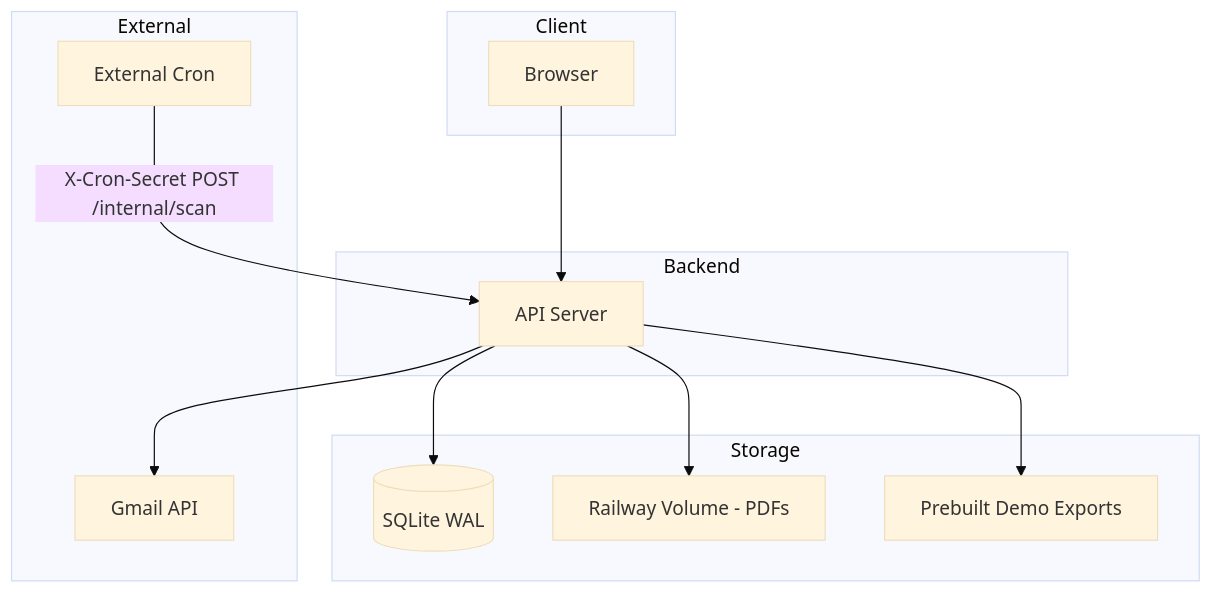
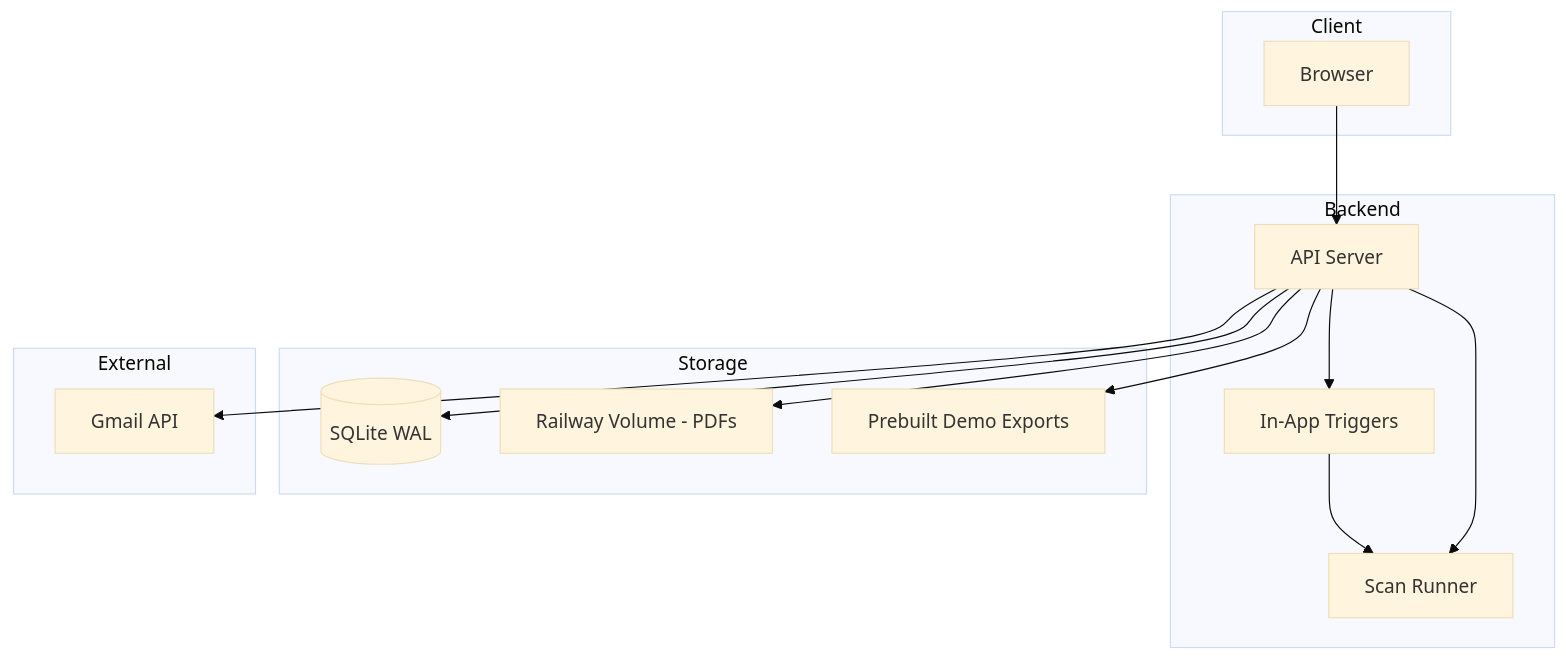
The diagram in spec.md (ChimdumebiNebolisa/Provable), drawn with Mermaid (base theme) before and after one commit. The commit also changed other lines of this file, not shown here.

First line of the commit message:
Revise Provable spec for in-app automation and simplified MVP scope.

````diff
--- a/spec.md
+++ b/spec.md
@@ -54,28 +55,31 @@
 ```mermaid
 flowchart TB
     subgraph client [Client]
         Browser[Browser]
     end
 
     subgraph backend [Backend]
         API[API Server]
+        Runner[Scan Runner]
+        Scheduler[In-App Triggers]
     end
 
     subgraph storage [Storage]
         SQLite[(SQLite WAL)]
         Volume[Railway Volume - PDFs]
         Exports[Prebuilt Demo Exports]
     end
 
     subgraph external [External]
         Gmail[Gmail API]
-        CronService[External Cron]
     end
 
     Browser --> API
-    CronService -->|X-Cron-Secret POST /internal/scan| API
+    API --> Scheduler
+    Scheduler --> Runner
+    API --> Runner
     API --> SQLite
     API --> Volume
     API --> Exports
     API --> Gmail
 ```
````
